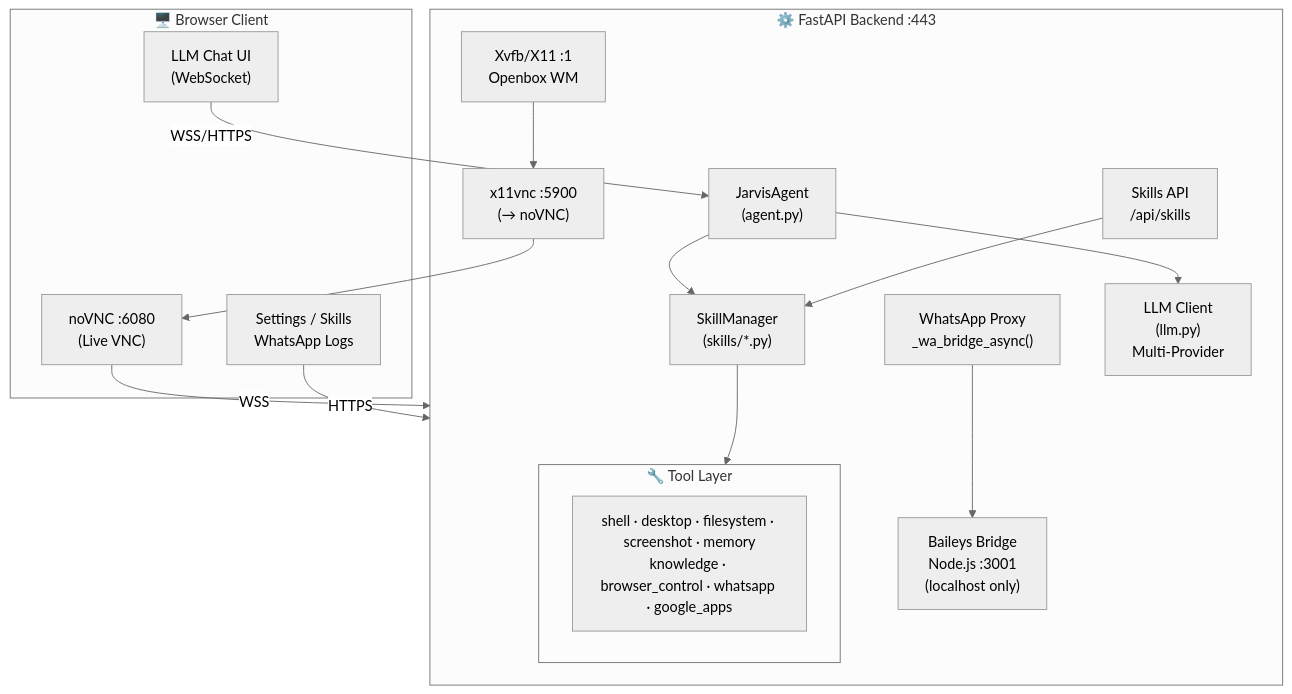
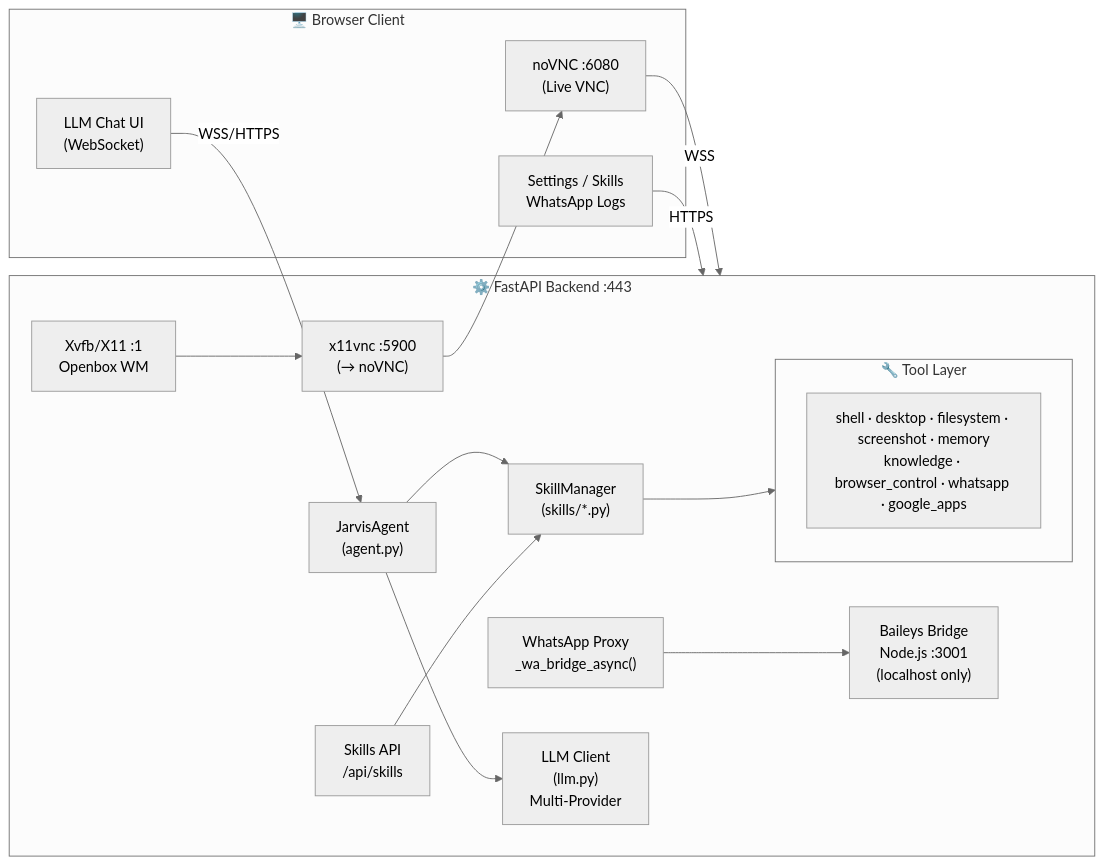
The diagram in README.md (dev-core-busy/jarvis), drawn with Mermaid (neutral theme) before and after one commit.

Commit message:
Fix: Architecture-Diagramm LR-Layout

````diff
--- a/README.md
+++ b/README.md
@@ -99,36 +99,36 @@
 ```mermaid
-flowchart TD
+flowchart LR
     subgraph Browser["🖥️ Browser Client"]
         Chat["LLM Chat UI\n(WebSocket)"]
         NOVNC["noVNC :6080\n(Live VNC)"]
         UI["Settings / Skills\nWhatsApp Logs"]
     end
 
     subgraph Backend["⚙️ FastAPI Backend :443"]
         Agent["JarvisAgent\n(agent.py)"]
         SkillsAPI["Skills API\n/api/skills"]
         WAProxy["WhatsApp Proxy\n_wa_bridge_async()"]
         SkillMgr["SkillManager\n(skills/*.py)"]
         Bridge["Baileys Bridge\nNode.js :3001\n(localhost only)"]
 
         subgraph Tools["🔧 Tool Layer"]
             ToolList["shell · desktop · filesystem · screenshot · memory\nknowledge · browser_control · whatsapp · google_apps"]
         end
 
         LLM["LLM Client\n(llm.py)\nMulti-Provider"]
         VNCServer["x11vnc :5900\n(→ noVNC)"]
         Xvfb["Xvfb/X11 :1\nOpenbox WM"]
     end
 
     Chat -->|WSS/HTTPS| Agent
     NOVNC -->|WSS| Backend
     UI -->|HTTPS| Backend
 
     Agent --> SkillMgr
     SkillsAPI --> SkillMgr
     WAProxy --> Bridge
     SkillMgr --> Tools
     Agent --> LLM
     VNCServer --> NOVNC
     Xvfb --> VNCServer
 ```
````
